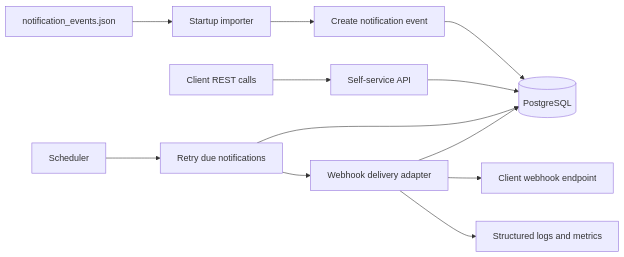
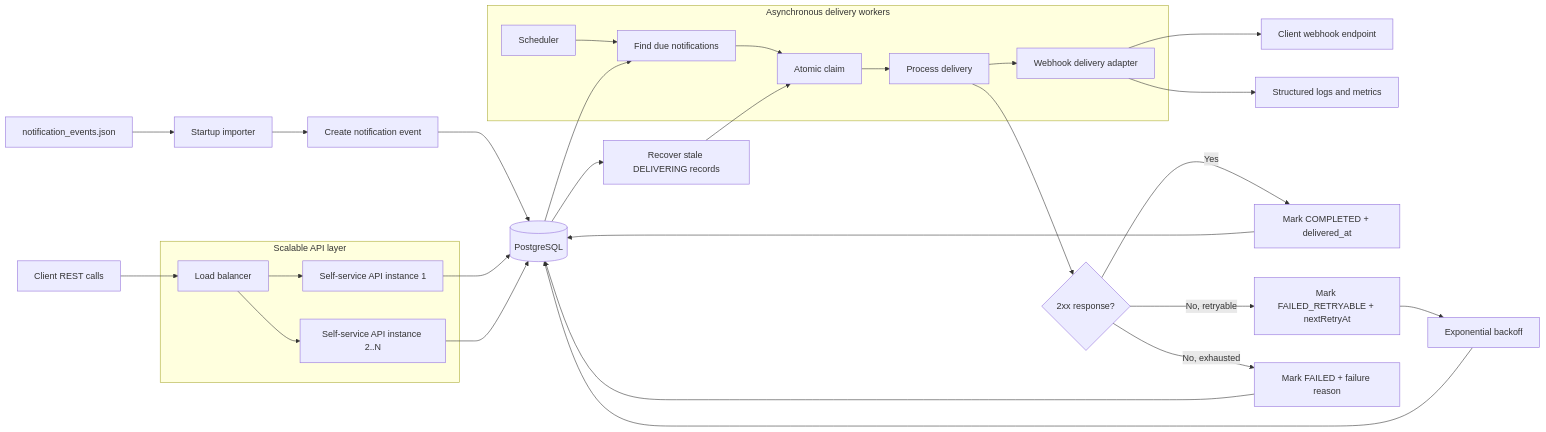
One commit to dfdimate/cobretest changed the diagram in README.md. Above: the diagram before and after it, drawn with Mermaid. The commit also changed other lines of this file, not shown here.

Commit message:
docs: clarify scalability and resiliency diagram

````diff
--- a/README.md
+++ b/README.md
@@ -7,16 +7,39 @@
 ```mermaid
 flowchart LR
     A["notification_events.json"] --> B["Startup importer"]
     B --> C["Create notification event"]
-    C --> D[("PostgreSQL")]
+    C --> DB[("PostgreSQL")]
 
-    E["Client REST calls"] --> F["Self-service API"]
-    F --> D
+    subgraph API["Scalable API layer"]
+        LB["Load balancer"] --> API1["Self-service API instance 1"]
+        LB --> API2["Self-service API instance 2..N"]
+    end
 
-    G["Scheduler"] --> H["Retry due notifications"]
-    H --> D
-    H --> I["Webhook delivery adapter"]
-    I --> J["Client webhook endpoint"]
-    I --> K["Structured logs and metrics"]
-    I --> D
+    U["Client REST calls"] --> LB
+    API1 --> DB
+    API2 --> DB
+
+    subgraph WORKERS["Asynchronous delivery workers"]
+        S["Scheduler"] --> R["Find due notifications"]
+        R --> CLAIM["Atomic claim"]
+        CLAIM --> P["Process delivery"]
+        P --> WEB["Webhook delivery adapter"]
+    end
+
+    DB --> R
+    WEB --> ENDPOINT["Client webhook endpoint"]
+    WEB --> OBS["Structured logs and metrics"]
+
+    P --> OK{"2xx response?"}
+    OK -->|Yes| DONE["Mark COMPLETED + delivered_at"]
+    OK -->|No, retryable| RETRY["Mark FAILED_RETRYABLE + nextRetryAt"]
+    OK -->|No, exhausted| FAIL["Mark FAILED + failure reason"]
+
+    DONE --> DB
+    RETRY --> BACKOFF["Exponential backoff"]
+    BACKOFF --> DB
+    FAIL --> DB
+
+    DB --> RECOVERY["Recover stale DELIVERING records"]
+    RECOVERY --> CLAIM
 ```
````
